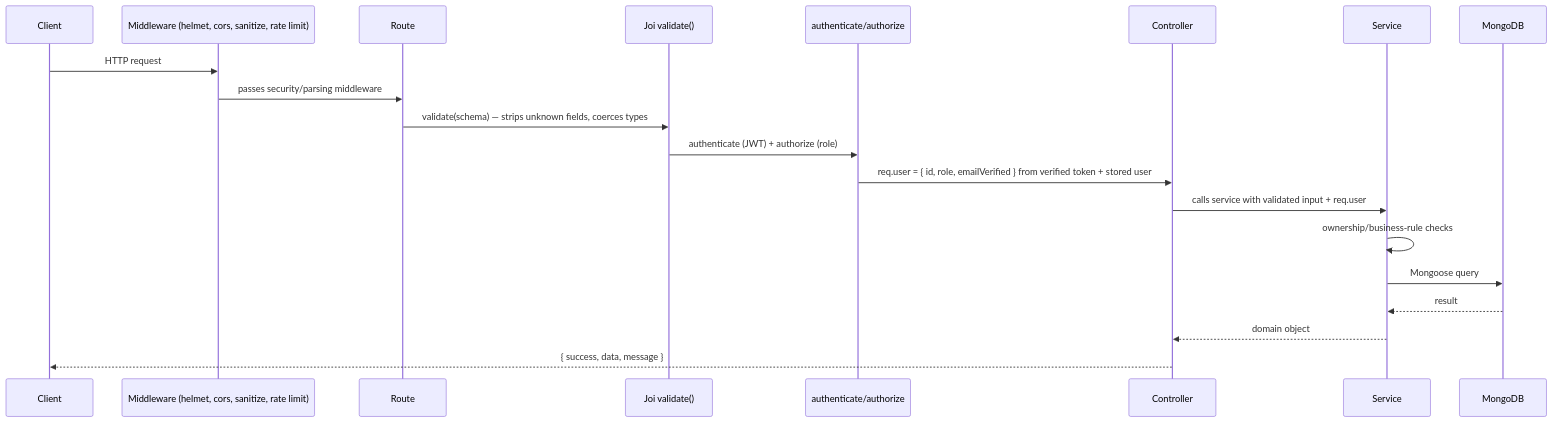
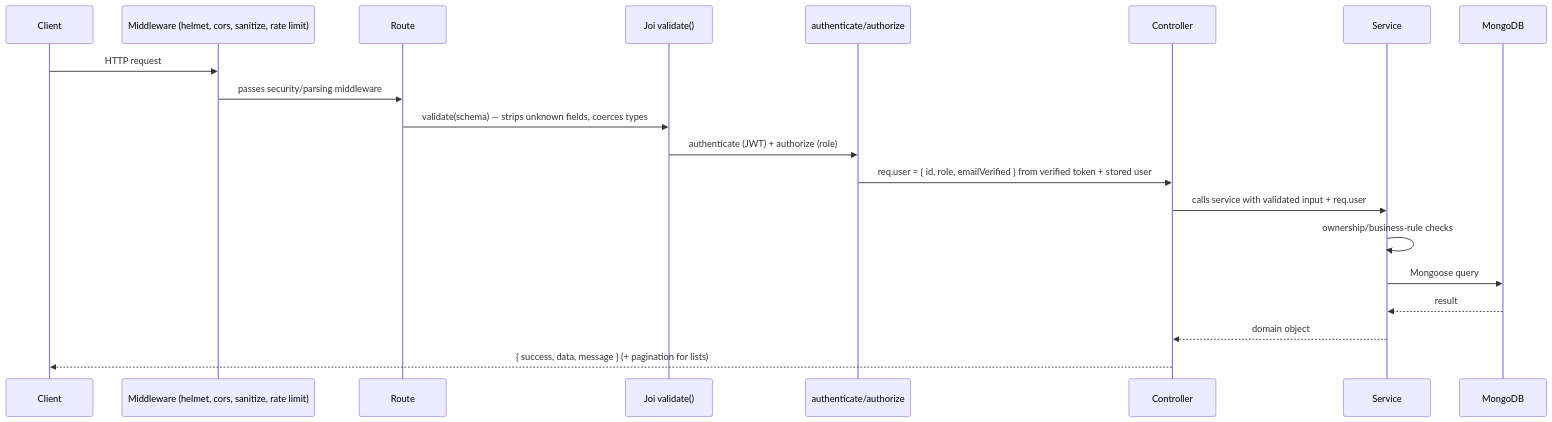
Before and after one commit to mohatab/recruitment-investment-api: the first of 4 diagrams in docs/ARCHITECTURE.md, drawn with Mermaid. The commit also changed other lines of this file and 79 other files, not shown here.

````diff
--- a/docs/ARCHITECTURE.md
+++ b/docs/ARCHITECTURE.md
@@ -30,23 +30,23 @@
 ```mermaid
 sequenceDiagram
     participant C as Client
     participant MW as Middleware (helmet, cors, sanitize, rate limit)
     participant R as Route
     participant V as Joi validate()
     participant A as authenticate/authorize
     participant Ctrl as Controller
     participant Svc as Service
     participant DB as MongoDB
 
     C->>MW: HTTP request
     MW->>R: passes security/parsing middleware
     R->>V: validate(schema) — strips unknown fields, coerces types
     V->>A: authenticate (JWT) + authorize (role)
     A->>Ctrl: req.user = { id, role, emailVerified } from verified token + stored user
     Ctrl->>Svc: calls service with validated input + req.user
     Svc->>Svc: ownership/business-rule checks
     Svc->>DB: Mongoose query
     DB-->>Svc: result
     Svc-->>Ctrl: domain object
-    Ctrl-->>C: { success, data, message }
+    Ctrl-->>C: { success, data, message } (+ pagination for lists)
 ```
````
